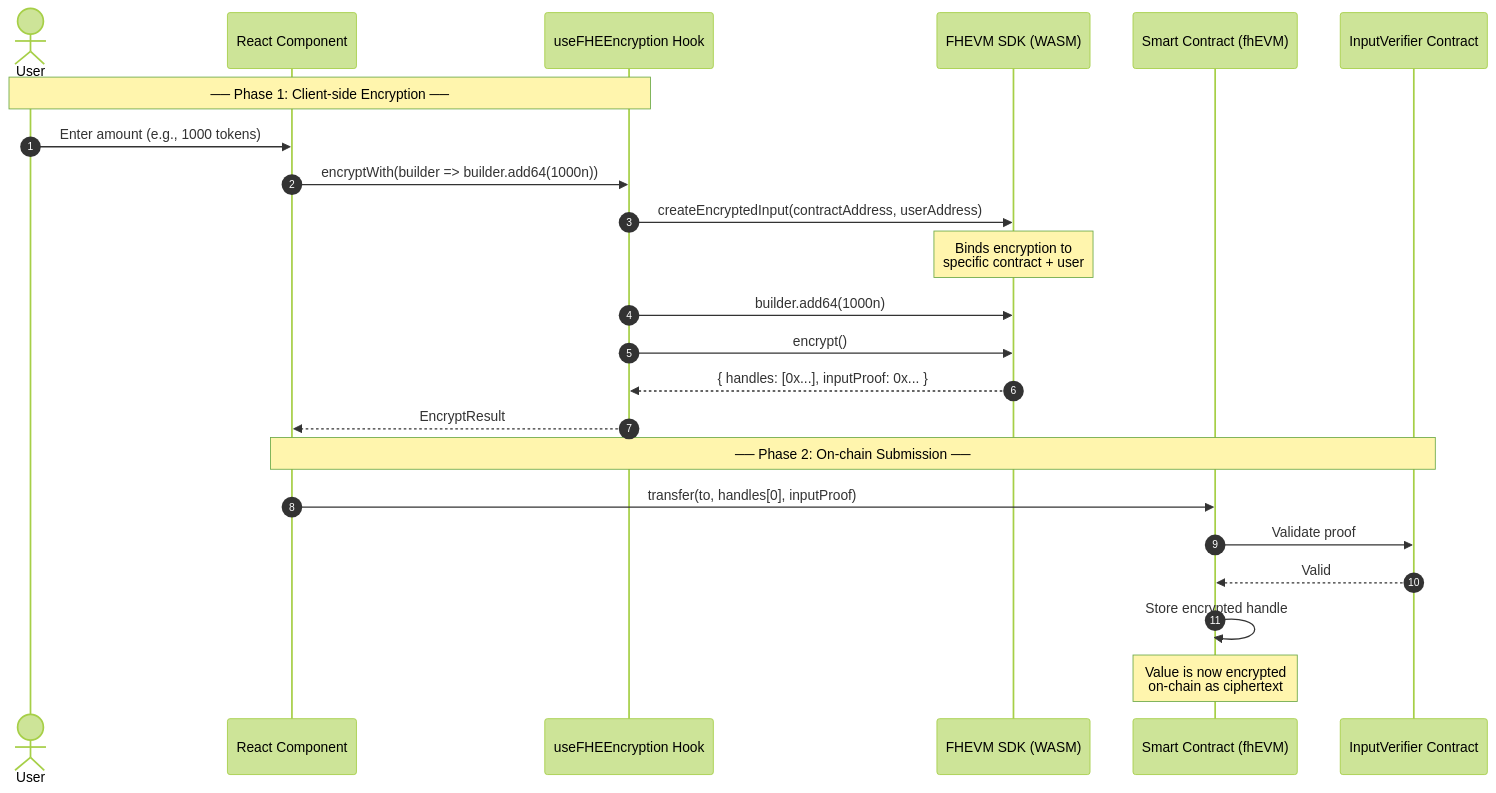
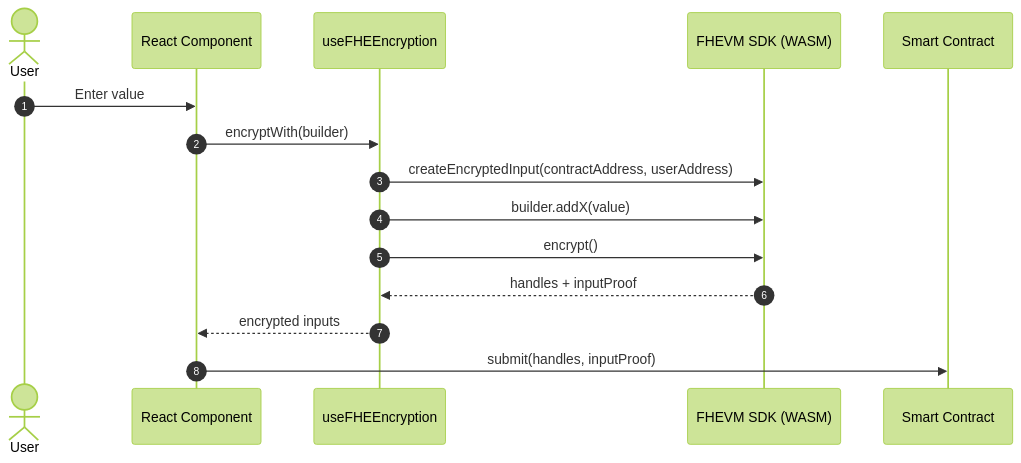
Before and after one commit to gustavovalverde/zentity: the seventh of 9 diagrams in docs/web3-architecture.md, drawn with Mermaid (forest theme). The commit also changed other lines of this file and 19 other files, not shown here.

First line of the commit message:
docs: overhaul architecture docs and navigation

````diff
--- a/docs/web3-architecture.md
+++ b/docs/web3-architecture.md
@@ -294,27 +318,18 @@
 ```mermaid
 sequenceDiagram
-    autonumber
-    actor User
-    participant C as React Component
-    participant H as useFHEEncryption Hook
-    participant Z as FHEVM SDK (WASM)
-    participant S as Smart Contract (fhEVM)
-    participant IV as InputVerifier Contract
+  autonumber
+  actor User
+  participant C as React Component
+  participant H as useFHEEncryption
+  participant SDK as FHEVM SDK (WASM)
+  participant S as Smart Contract
 
-    Note over User,H: ── Phase 1: Client-side Encryption ──
-    User->>C: Enter amount (e.g., 1000 tokens)
-    C->>H: encryptWith(builder => builder.add64(1000n))
-    H->>Z: createEncryptedInput(contractAddress, userAddress)
-    Note over Z: Binds encryption to<br/>specific contract + user
-    H->>Z: builder.add64(1000n)
-    H->>Z: encrypt()
-    Z-->>H: { handles: [0x...], inputProof: 0x... }
-    H-->>C: EncryptResult
-
-    Note over C,IV: ── Phase 2: On-chain Submission ──
-    C->>S: transfer(to, handles[0], inputProof)
-    S->>IV: Validate proof
-    IV-->>S: Valid
-    S->>S: Store encrypted handle
-    Note over S: Value is now encrypted<br/>on-chain as ciphertext
+  User->>C: Enter value
+  C->>H: encryptWith(builder)
+  H->>SDK: createEncryptedInput(contractAddress, userAddress)
+  H->>SDK: builder.addX(value)
+  H->>SDK: encrypt()
+  SDK-->>H: handles + inputProof
+  H-->>C: encrypted inputs
+  C->>S: submit(handles, inputProof)
 ```
````
